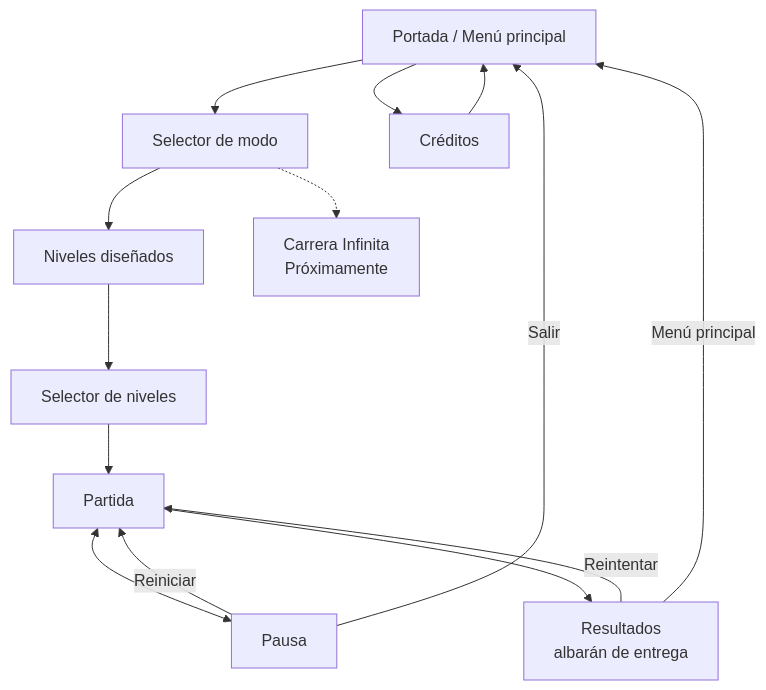
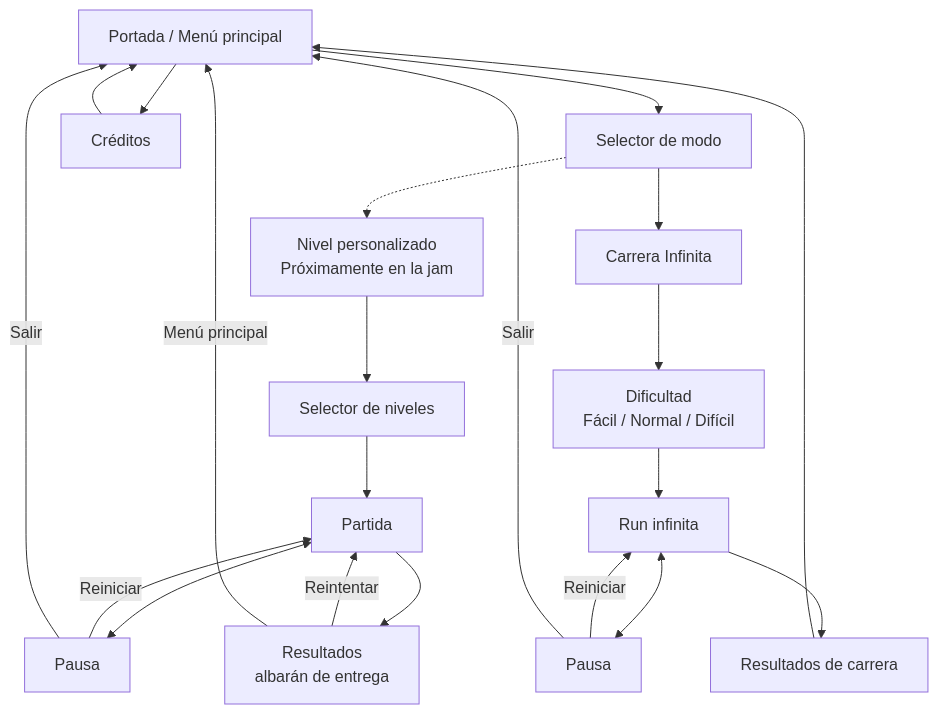
The fifth of 8 diagrams in docs/GDD.md (s1vh-game-jams/FICIV-AnimaGameJam-MudanzasTortugaSL), drawn with Mermaid before and after one commit. The commit also changed other lines of this file and 10 other files, not shown here.

First line of the commit message:
Refocus jam on Endless Run; add ENDLESS_PLAN

````diff
--- a/docs/GDD.md
+++ b/docs/GDD.md
@@ -1768,16 +1828,23 @@
 ```mermaid
 flowchart TD
     A[Portada / Menú principal] --> B[Selector de modo]
     A --> CR[Créditos]
     CR --> A
-    B --> C[Niveles diseñados]
-    B -.-> D[Carrera Infinita<br/>Próximamente]
+    B -.-> C[Nivel personalizado<br/>Próximamente en la jam]
+    B --> D[Carrera Infinita]
+    D --> DF[Dificultad<br/>Fácil / Normal / Difícil]
+    DF --> IF[Run infinita]
+    IF <--> IP[Pausa]
+    IP -->|Reiniciar| IF
+    IP -->|Salir| A
+    IF --> IR[Resultados de carrera]
+    IR --> A
     C --> E[Selector de niveles]
     E --> F[Partida]
     F <--> P[Pausa]
     P -->|Reiniciar| F
     P -->|Salir| A
     F --> G[Resultados<br/>albarán de entrega]
     G -->|Reintentar| F
     G -->|Menú principal| A
 ```
````
